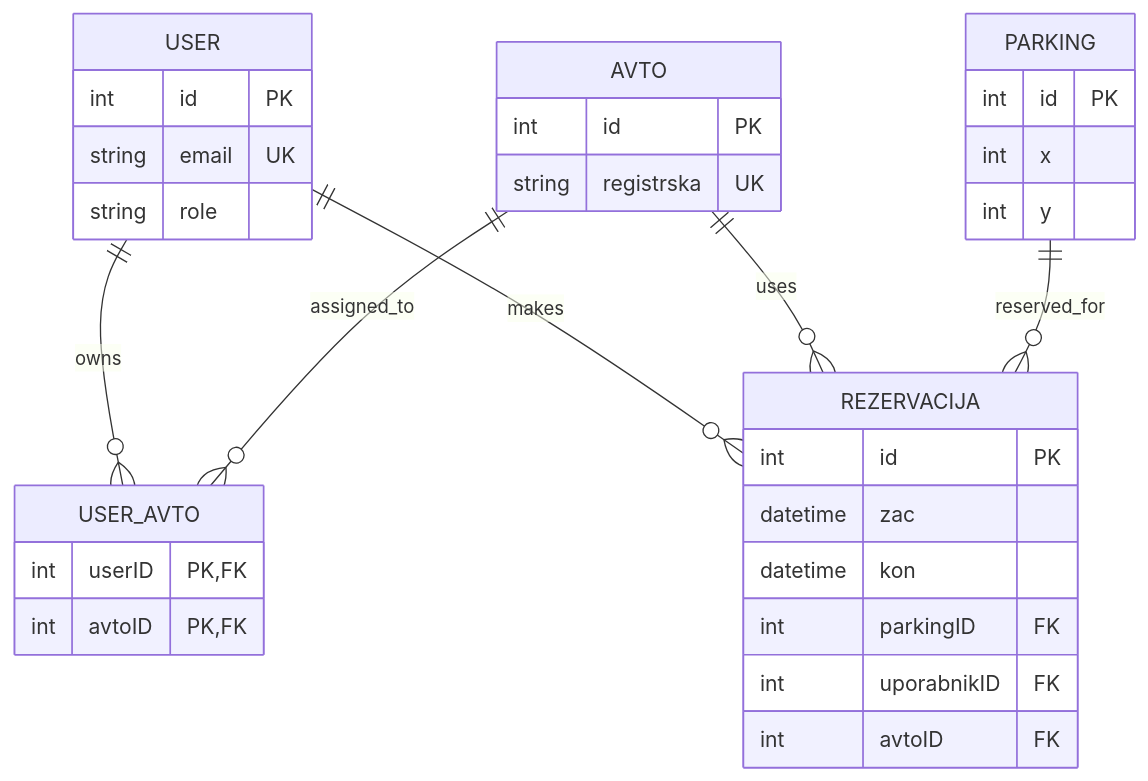
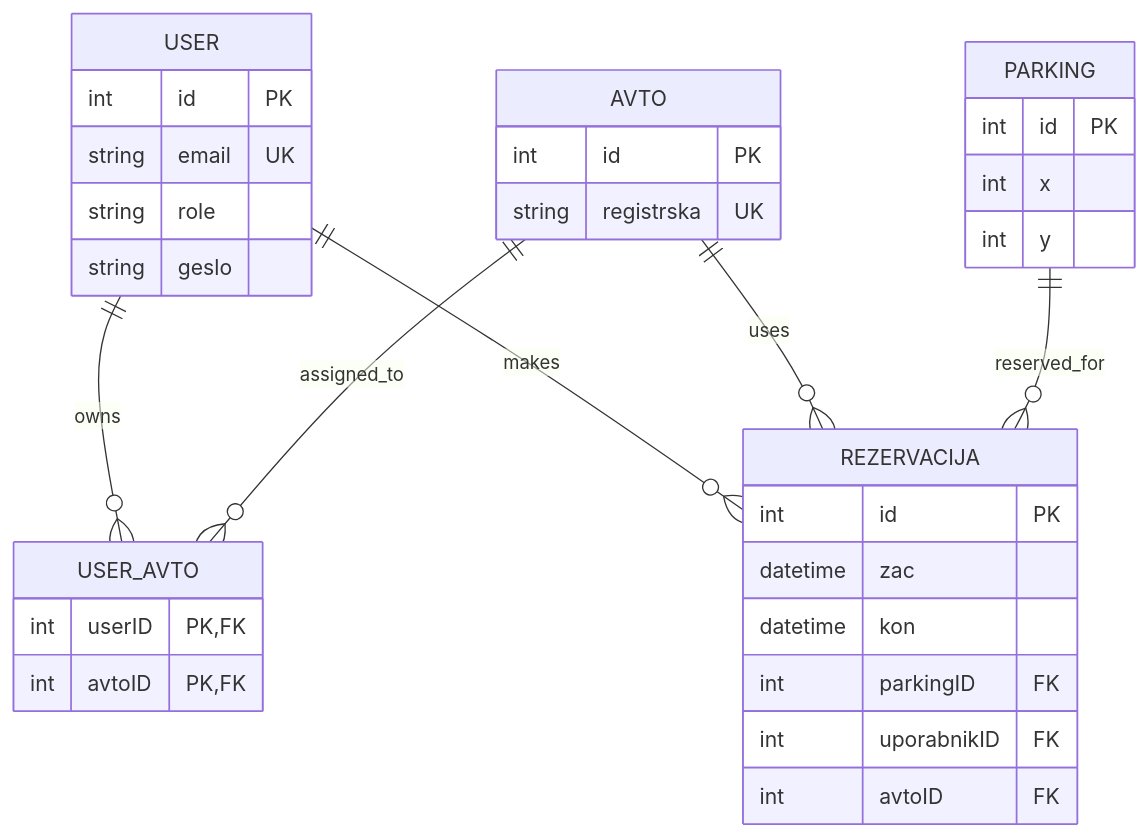
Before and after one commit to jeraj636/FreeParkitanje-JakobIza: the diagram in docs/data-model.md, drawn with Mermaid. The commit also changed other lines of this file, not shown here.

````diff
--- a/docs/data-model.md
+++ b/docs/data-model.md
@@ -5,39 +5,40 @@
 ```mermaid
 erDiagram
     USER ||--o{ USER_AVTO : owns
     AVTO ||--o{ USER_AVTO : assigned_to
     USER ||--o{ REZERVACIJA : makes
     AVTO ||--o{ REZERVACIJA : uses
     PARKING ||--o{ REZERVACIJA : reserved_for
 
     USER {
         int id PK
         string email UK
         string role
+        string geslo 
     }
 
     USER_AVTO {
         int userID PK, FK
         int avtoID PK, FK
     }
 
     AVTO {
         int id PK
         string registrska UK
     }
 
     REZERVACIJA {
         int id PK
         datetime zac
         datetime kon
         int parkingID FK
         int uporabnikID FK
         int avtoID FK
     }
 
     PARKING {
         int id PK
         int x
         int y
     }
 ```
````
